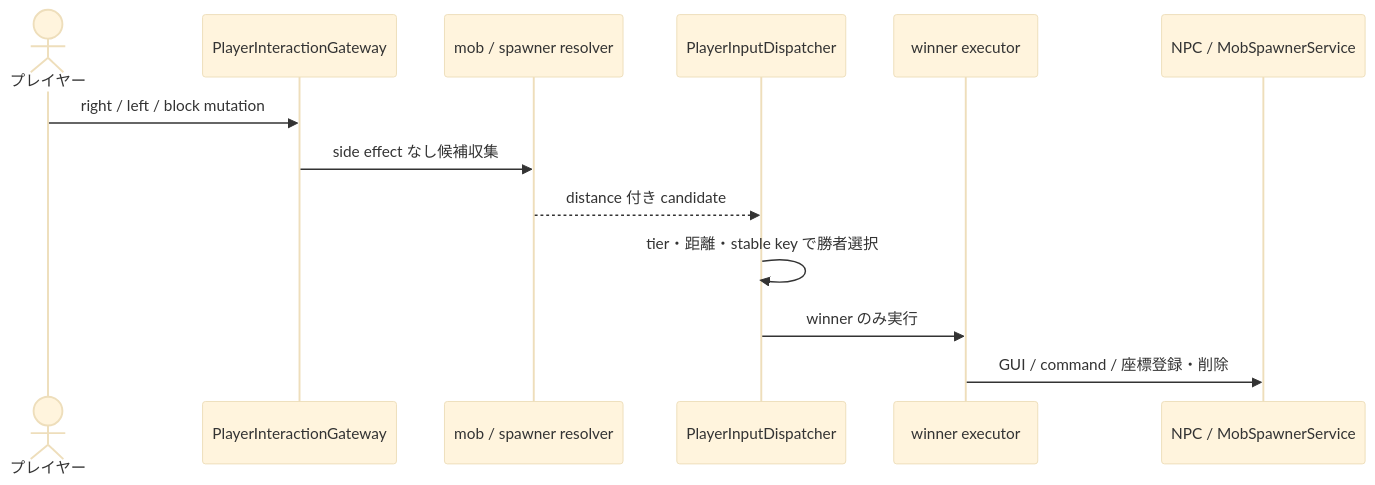
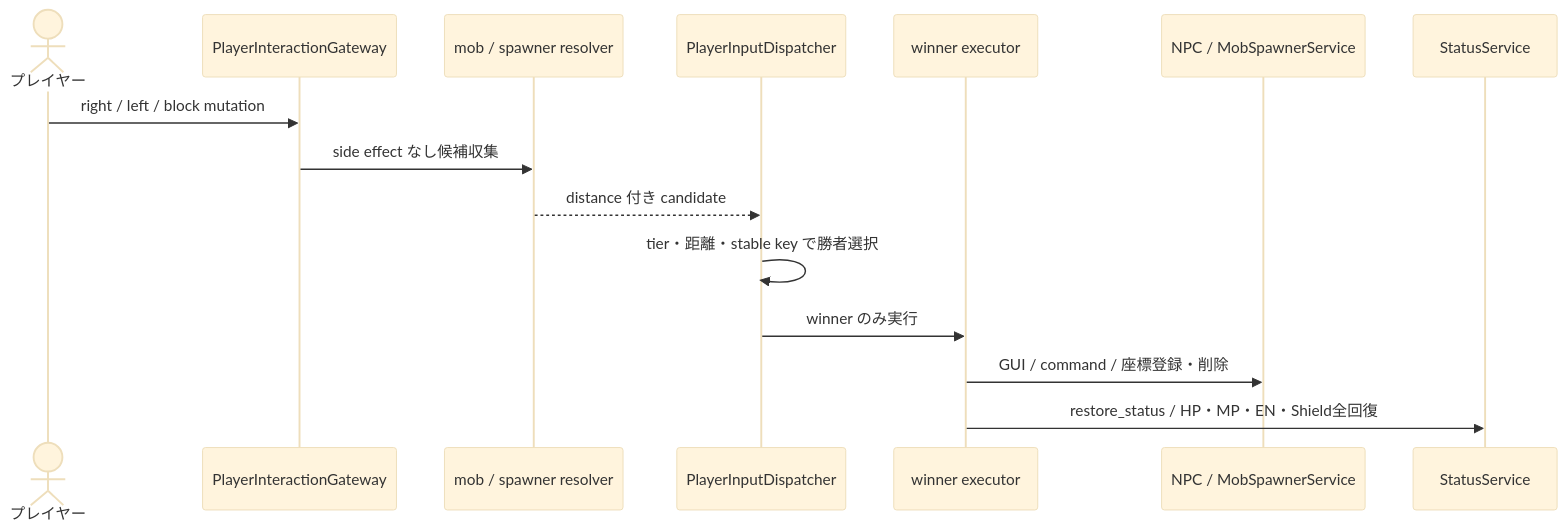
The sixth of 7 diagrams in 00_docs/10_Plugin設計書/feature/12-mob/12_4-統合フロー.md (maaasu/AstralRecord-Workspace), drawn with Mermaid (base theme) before and after one commit. The commit also changed other lines of this file and 9 other files, not shown here.

````diff
--- a/00_docs/10_Plugin設計書/feature/12-mob/12_4-統合フロー.md
+++ b/00_docs/10_Plugin設計書/feature/12-mob/12_4-統合フロー.md
@@ -171,16 +171,18 @@
 ```mermaid
 sequenceDiagram
     actor Player as プレイヤー
     participant Gateway as PlayerInteractionGateway
     participant Resolver as mob / spawner resolver
     participant Dispatcher as PlayerInputDispatcher
     participant Executor as winner executor
     participant Service as NPC / MobSpawnerService
+    participant Status as StatusService
 
     Player->>Gateway: right / left / block mutation
     Gateway->>Resolver: side effect なし候補収集
     Resolver-->>Dispatcher: distance 付き candidate
     Dispatcher->>Dispatcher: tier・距離・stable key で勝者選択
     Dispatcher->>Executor: winner のみ実行
     Executor->>Service: GUI / command / 座標登録・削除
+    Executor->>Status: restore_status / HP・MP・EN・Shield全回復
 ```
````
